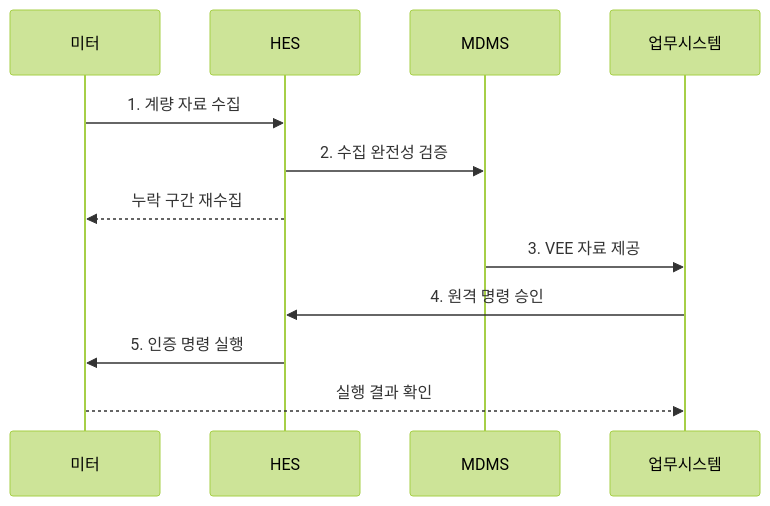
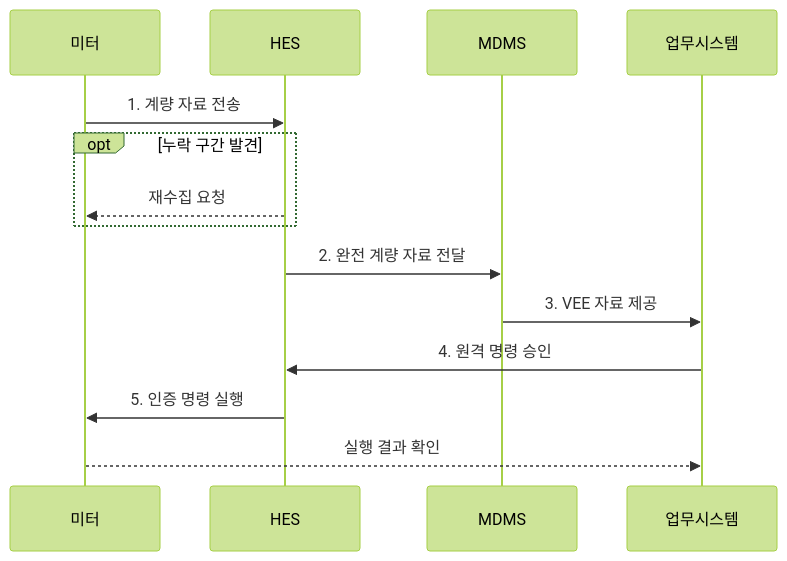
Before and after one commit to agnusdei1207/knowledge-base: the second of 2 diagrams in src/content/docs/notes/04-network/084_advanced_metering_infrastructure.md, drawn with Mermaid (forest theme). The commit also changed other lines of this file and 20 other files, not shown here.

````diff
--- a/src/content/docs/notes/04-network/084_advanced_metering_infrastructure.md
+++ b/src/content/docs/notes/04-network/084_advanced_metering_infrastructure.md
@@ -76,14 +85,16 @@
 ```mermaid
 sequenceDiagram
     participant 미터
     participant HES
     participant MDMS
     participant 업무시스템
-    미터->>HES: 1. 계량 자료 수집
-    HES->>MDMS: 2. 수집 완전성 검증
-    HES-->>미터: 누락 구간 재수집
+    미터->>HES: 1. 계량 자료 전송
+    opt 누락 구간 발견
+        HES-->>미터: 재수집 요청
+    end
+    HES->>MDMS: 2. 완전 계량 자료 전달
     MDMS->>업무시스템: 3. VEE 자료 제공
     업무시스템->>HES: 4. 원격 명령 승인
     HES->>미터: 5. 인증 명령 실행
     미터-->>업무시스템: 실행 결과 확인
 ```
````
